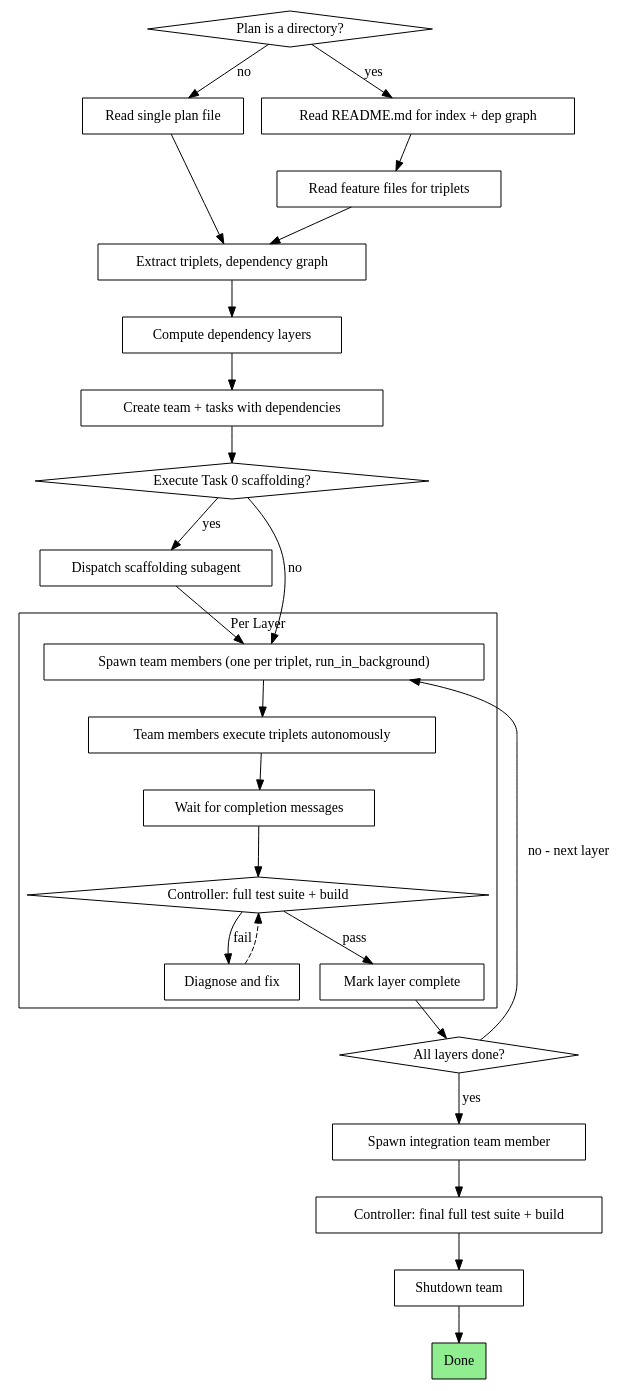
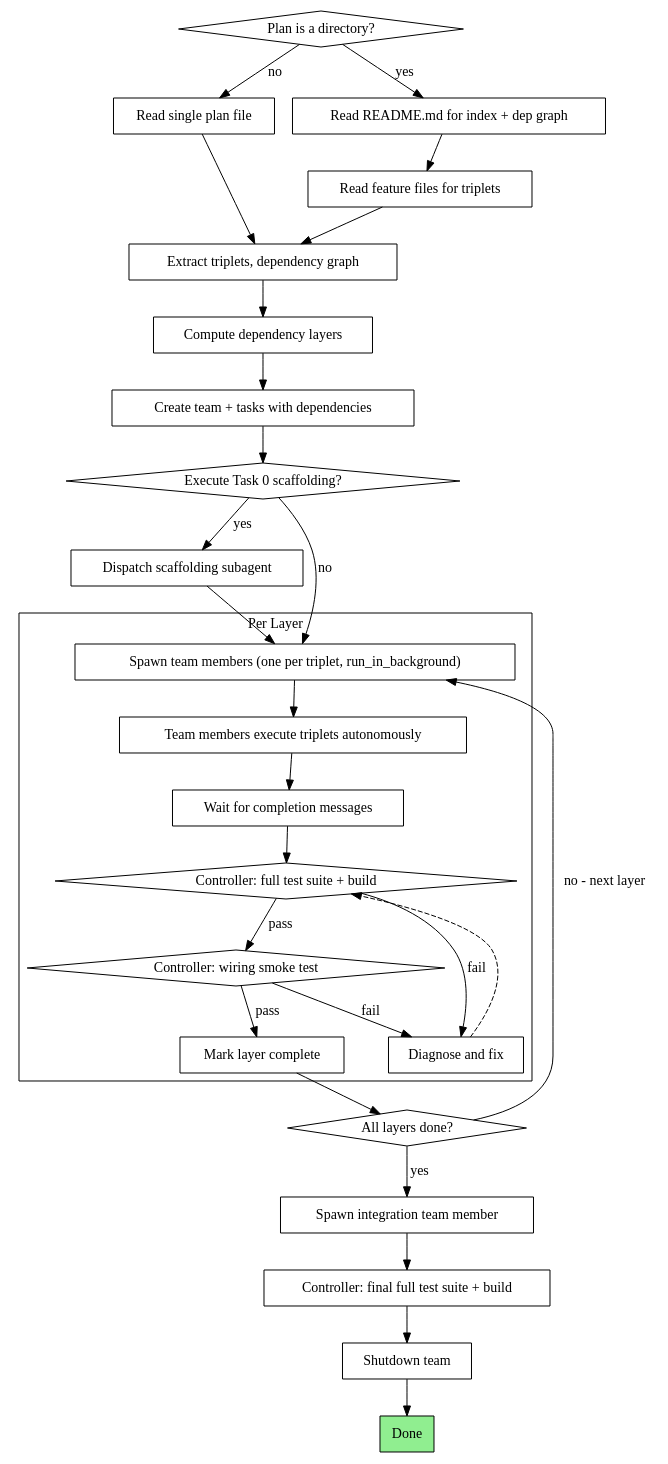
One commit to Dethon/ai-dev-flow changed the second of 2 diagrams in skills/executing-tdd-plans/SKILL.md. Above: the diagram before and after it, drawn with Graphviz. The commit also changed other lines of this file and 4 other files, not shown here.

Commit message:
Bump plugin version to 1.0.32 and enhance TDD plan documentation with wiring ledger and flow trace requirements

````diff
--- a/skills/executing-tdd-plans/SKILL.md
+++ b/skills/executing-tdd-plans/SKILL.md
@@ -38,57 +38,60 @@
 ```dot
 digraph process {
     rankdir=TB;
 
     "Plan is a directory?" [shape=diamond];
     "Read single plan file" [shape=box];
     "Read README.md for index + dep graph" [shape=box];
     "Read feature files for triplets" [shape=box];
     "Extract triplets, dependency graph" [shape=box];
     "Compute dependency layers" [shape=box];
     "Create team + tasks with dependencies" [shape=box];
     "Execute Task 0 scaffolding?" [shape=diamond];
     "Dispatch scaffolding subagent" [shape=box];
 
     subgraph cluster_per_layer {
         label="Per Layer";
         "Spawn team members (one per triplet, run_in_background)" [shape=box];
         "Team members execute triplets autonomously" [shape=box];
         "Wait for completion messages" [shape=box];
         "Controller: full test suite + build" [shape=diamond];
+        "Controller: wiring smoke test" [shape=diamond];
         "Diagnose and fix" [shape=box];
         "Mark layer complete" [shape=box];
     }
 
     "All layers done?" [shape=diamond];
     "Spawn integration team member" [shape=box];
     "Controller: final full test suite + build" [shape=box];
     "Shutdown team" [shape=box];
     "Done" [shape=box, style=filled, fillcolor=lightgreen];
 
     "Plan is a directory?" -> "Read README.md for index + dep graph" [label="yes"];
     "Plan is a directory?" -> "Read single plan file" [label="no"];
     "Read README.md for index + dep graph" -> "Read feature files for triplets";
     "Read feature files for triplets" -> "Extract triplets, dependency graph";
     "Read single plan file" -> "Extract triplets, dependency graph";
     "Extract triplets, dependency graph" -> "Compute dependency layers";
     "Compute dependency layers" -> "Create team + tasks with dependencies";
     "Create team + tasks with dependencies" -> "Execute Task 0 scaffolding?";
     "Execute Task 0 scaffolding?" -> "Dispatch scaffolding subagent" [label="yes"];
     "Execute Task 0 scaffolding?" -> "Spawn team members (one per triplet, run_in_background)" [label="no"];
     "Dispatch scaffolding subagent" -> "Spawn team members (one per triplet, run_in_background)";
 
     "Spawn team members (one per triplet, run_in_background)" -> "Team members execute triplets autonomously";
     "Team members execute triplets autonomously" -> "Wait for completion messages";
     "Wait for completion messages" -> "Controller: full test suite + build";
-    "Controller: full test suite + build" -> "Mark layer complete" [label="pass"];
+    "Controller: full test suite + build" -> "Controller: wiring smoke test" [label="pass"];
     "Controller: full test suite + build" -> "Diagnose and fix" [label="fail"];
+    "Controller: wiring smoke test" -> "Mark layer complete" [label="pass"];
+    "Controller: wiring smoke test" -> "Diagnose and fix" [label="fail"];
     "Diagnose and fix" -> "Controller: full test suite + build" [style=dashed];
 
     "Mark layer complete" -> "All layers done?";
     "All layers done?" -> "Spawn team members (one per triplet, run_in_background)" [label="no - next layer"];
     "All layers done?" -> "Spawn integration team member" [label="yes"];
     "Spawn integration team member" -> "Controller: final full test suite + build";
     "Controller: final full test suite + build" -> "Shutdown team";
     "Shutdown team" -> "Done";
 }
 ```
````
